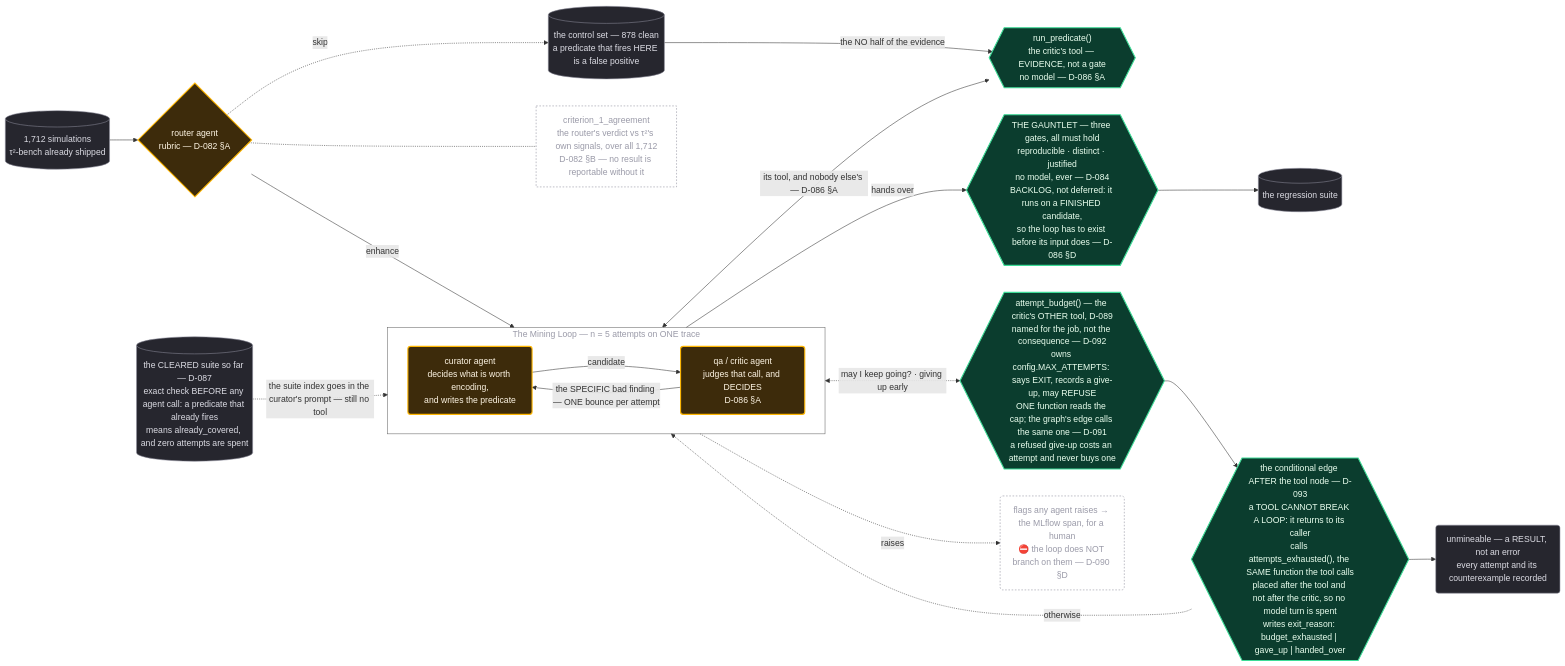
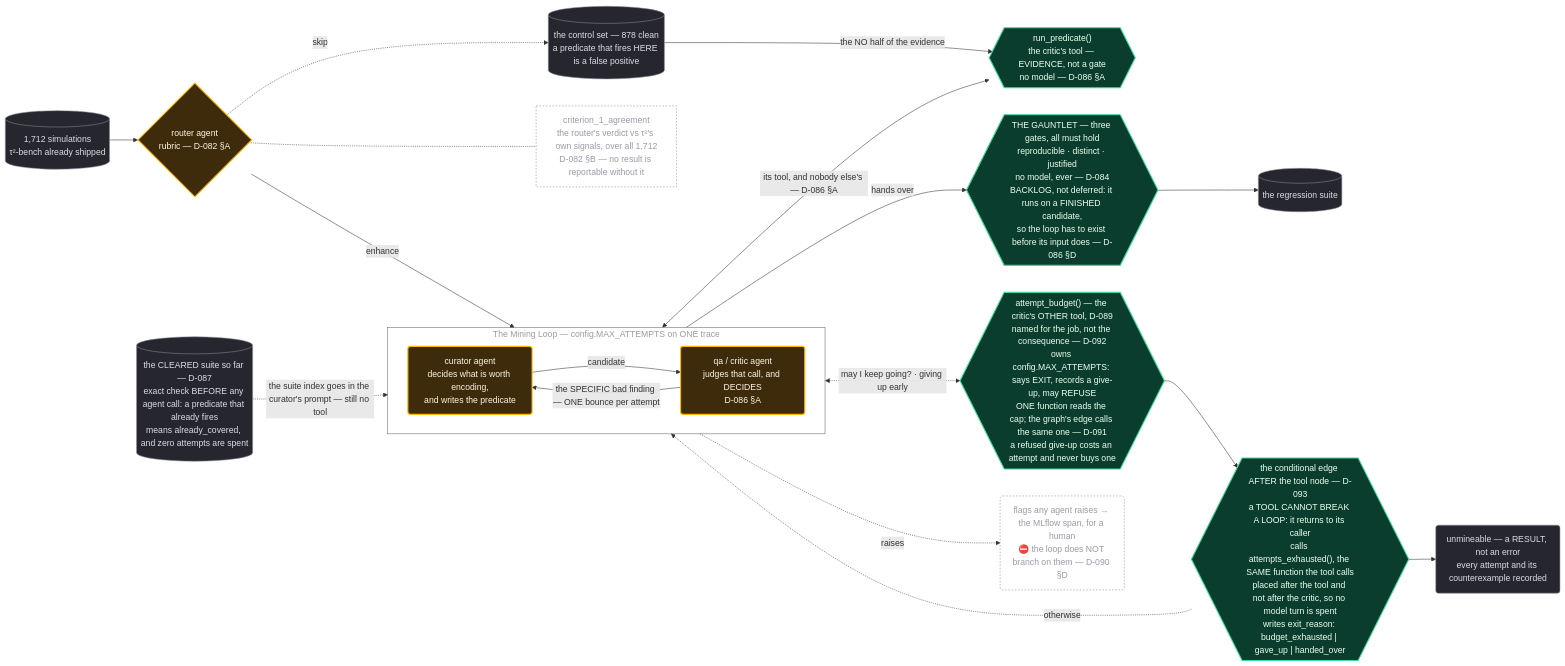
One commit to sandeepyadav1478/touchstone changed the diagram in diagrams/agents.mmd. Above: the diagram before and after it, drawn with Mermaid. The commit also changed 4 other files, not shown here.

First line of the commit message:
Quote MAX_ATTEMPTS in the diagrams, and stop the README arrow claiming the tool exits

```diff
--- a/diagrams/agents.mmd
+++ b/diagrams/agents.mmd
@@ -1,56 +1,56 @@
 %% touchstone — the mining loop's three agents, and where the decision sits. D-082, D-086.
 %% The chain: router -> curator <-> critic <-> run_predicate, then critic -> the gauntlet -> suite.
 %% Every green node is mechanical. D-086: run_predicate is EVIDENCE the critic reads, not a gate.
 %% D-089: the critic holds TWO tools. unmineable is a RESULT it records, never a stage.
 flowchart LR
 
   IN[("1,712 simulations<br/>τ²-bench already shipped")]
   ROUTER{"router agent<br/>rubric — D-082 §A"}
 
-  subgraph LOOP["The Mining Loop — n = 5 attempts on ONE trace"]
+  subgraph LOOP["The Mining Loop — config.MAX_ATTEMPTS on ONE trace"]
     direction LR
     CURATOR("curator agent<br/>decides what is worth encoding,<br/>and writes the predicate")
     CRITIC("qa / critic agent<br/>judges that call, and DECIDES<br/>D-086 §A")
     CURATOR -- "candidate" --> CRITIC
     CRITIC -- "the SPECIFIC bad finding — ONE bounce per attempt" --> CURATOR
   end
 
   TEST{{"run_predicate()<br/>the critic's tool — EVIDENCE, not a gate<br/>no model — D-086 §A"}}
   BUDGET{{"attempt_budget() — the critic's OTHER tool, D-089<br/>named for the job, not the consequence — D-092<br/>owns config.MAX_ATTEMPTS: says EXIT, records a give-up, may REFUSE<br/>ONE function reads the cap; the graph's edge calls the same one — D-091<br/>a refused give-up costs an attempt and never buys one"}}
   GAUNTLET{{"THE GAUNTLET — three gates, all must hold<br/>reproducible · distinct · justified<br/>no model, ever — D-084<br/>BACKLOG, not deferred: it runs on a FINISHED candidate,<br/>so the loop has to exist before its input does — D-086 §D"}}
   SUITE[("the regression suite")]
   CONTROL[("the control set — 878 clean<br/>a predicate that fires HERE is a false positive")]
   UNMINED("unmineable — a RESULT, not an error<br/>every attempt and its counterexample recorded")
   CAL["criterion_1_agreement<br/>the router's verdict vs τ²'s own signals, over all 1,712<br/>D-082 §B — no result is reportable without it"]
 
   CLEARED[("the CLEARED suite so far — D-087<br/>exact check BEFORE any agent call: a predicate that already fires<br/>means already_covered, and zero attempts are spent")]
 
   IN --> ROUTER
   CLEARED -. "the suite index goes in the curator's prompt — still no tool" .-> CURATOR
   ROUTER -- "enhance" --> CURATOR
   ROUTER -. "skip" .-> CONTROL
   CRITIC <-- "its tool, and nobody else's — D-086 §A" --> TEST
   CONTROL -- "the NO half of the evidence" --> TEST
   CRITIC -- "hands over" --> GAUNTLET
   CRITIC <-. "may I keep going? · giving up early" .-> BUDGET
   FLAG("flags any agent raises → the MLflow span, for a human<br/>⛔ the loop does NOT branch on them — D-090 §D")
   CRITIC -. "raises" .-> FLAG
   EDGE{{"the conditional edge AFTER the tool node — D-093<br/>a TOOL CANNOT BREAK A LOOP: it returns to its caller<br/>calls attempts_exhausted(), the SAME function the tool calls<br/>placed after the tool and not after the critic, so no model turn is spent<br/>writes exit_reason: budget_exhausted | gave_up | handed_over"}}
   BUDGET --> EDGE
   EDGE -. "otherwise" .-> CRITIC
   EDGE --> UNMINED
   GAUNTLET --> SUITE
   ROUTER -.- CAL
 
   classDef agent fill:#3d2b0b,stroke:#ffb703,stroke-width:2px,color:#fff6e5
   classDef mech  fill:#0b3d2e,stroke:#3ddc97,stroke-width:2px,color:#eaffef
   classDef data  fill:#26262e,stroke:#8a8a99,color:#dcdce4
   classDef note  fill:none,stroke:#8a8a99,stroke-dasharray:3 3,color:#9a9aa8
   classDef box   fill:none,stroke:#666,color:#9a9aa8
 
   class ROUTER,CURATOR,CRITIC agent
   class TEST,BUDGET,EDGE,GAUNTLET mech
   class IN,SUITE,CONTROL,UNMINED data
   class CAL,FLAG note
   class CLEARED data
   class LOOP box
```
